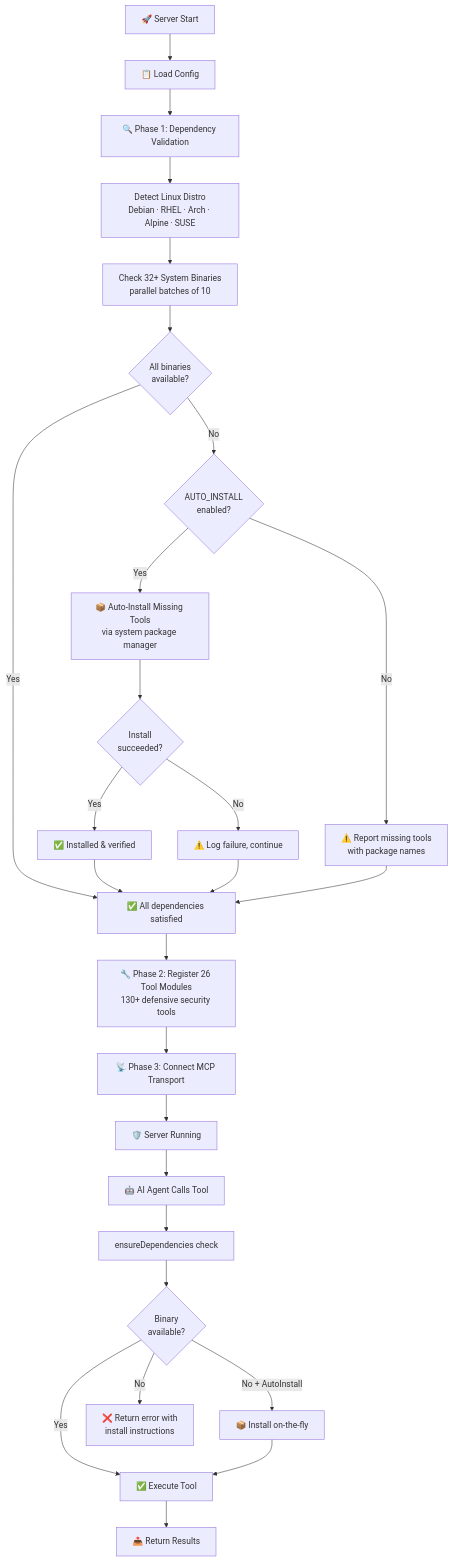
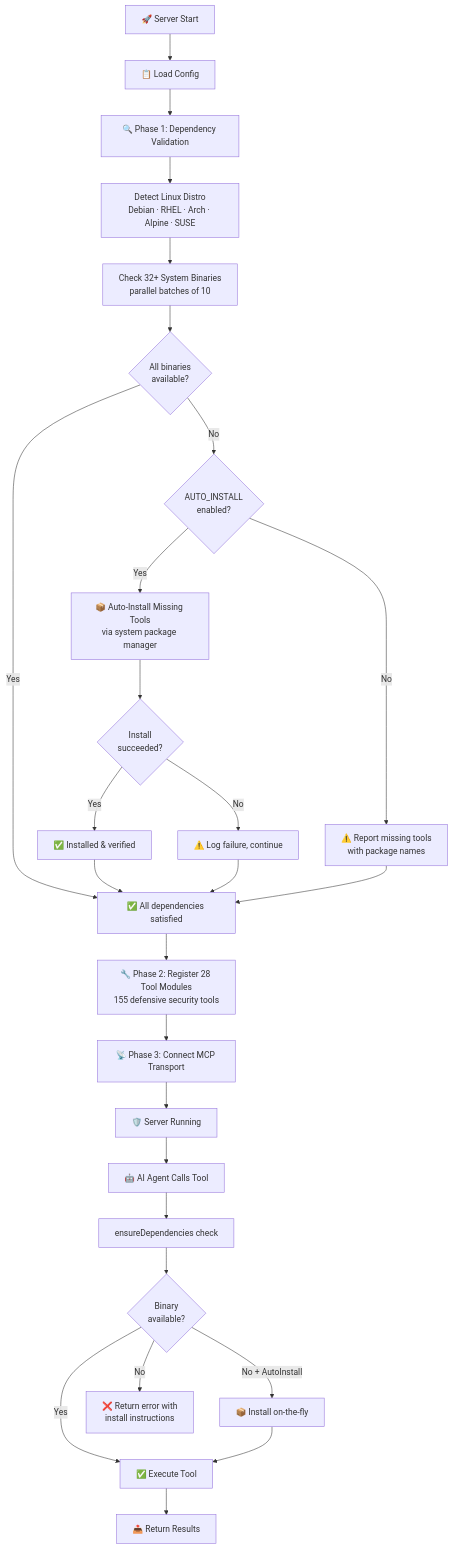
Before and after one commit to bottobot/defense-mcp-server: the first of 3 diagrams in README.md, drawn with Mermaid. The commit also changed other lines of this file, not shown here.

Commit message:
docs: Update README for v0.3.0 - 155 tools, 13 bug fixes, changelog

````diff
--- a/README.md
+++ b/README.md
@@ -21,41 +21,41 @@
 ```mermaid
 flowchart TD
     A["🚀 Server Start"] --> B["📋 Load Config"]
     
     B --> C["🔍 Phase 1: Dependency Validation"]
     
     C --> D["Detect Linux Distro<br/>Debian · RHEL · Arch · Alpine · SUSE"]
     D --> E["Check 32+ System Binaries<br/>parallel batches of 10"]
     
     E --> F{"All binaries<br/>available?"}
     
     F -->|Yes| K["✅ All dependencies satisfied"]
     F -->|No| G{"AUTO_INSTALL<br/>enabled?"}
     
     G -->|Yes| H["📦 Auto-Install Missing Tools<br/>via system package manager"]
     H --> I{"Install<br/>succeeded?"}
     I -->|Yes| J["✅ Installed & verified"]
     I -->|No| L["⚠️ Log failure, continue"]
     
     G -->|No| M["⚠️ Report missing tools<br/>with package names"]
     
     J --> K
     L --> K
     M --> K
     
-    K --> N["🔧 Phase 2: Register 26 Tool Modules<br/>130+ defensive security tools"]
+    K --> N["🔧 Phase 2: Register 28 Tool Modules<br/>155 defensive security tools"]
     
     N --> O["📡 Phase 3: Connect MCP Transport"]
     O --> P["🛡️ Server Running"]
     
     P --> Q["🤖 AI Agent Calls Tool"]
     
     Q --> R["ensureDependencies check"]
     R --> S{"Binary<br/>available?"}
     S -->|Yes| T["✅ Execute Tool"]
     S -->|No + AutoInstall| U["📦 Install on-the-fly"]
     S -->|No| V["❌ Return error with<br/>install instructions"]
     U --> T
     
     T --> W["📤 Return Results"]
 ```
````
